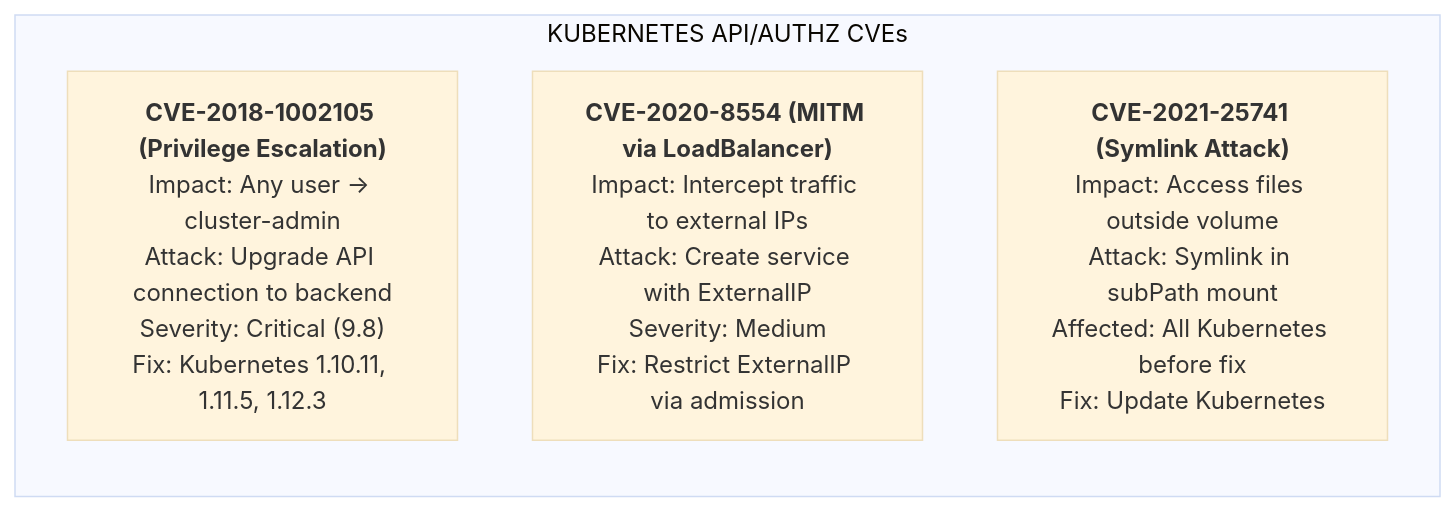
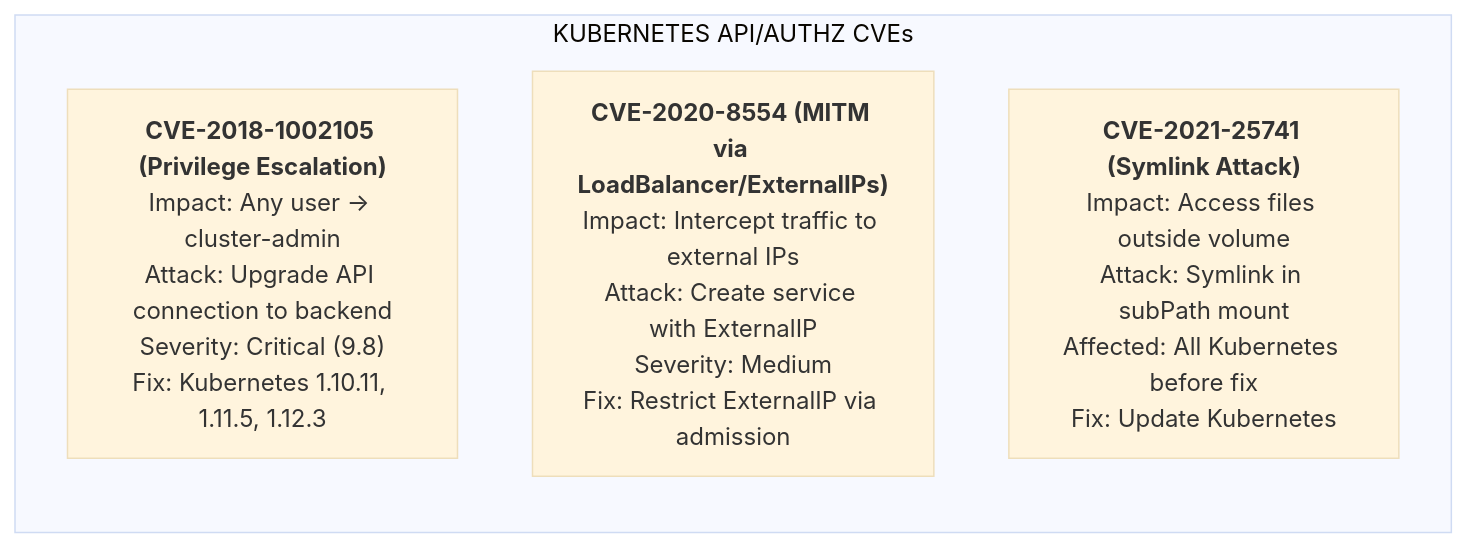
Before and after one commit to kube-dojo/kube-dojo: the third of 8 diagrams in src/content/docs/k8s/kcsa/part4-threat-model/module-4.2-vulnerabilities.md, drawn with Mermaid (base theme). The commit also changed other lines of this file and 3 other files, not shown here.

````diff
--- a/src/content/docs/k8s/kcsa/part4-threat-model/module-4.2-vulnerabilities.md
+++ b/src/content/docs/k8s/kcsa/part4-threat-model/module-4.2-vulnerabilities.md
@@ -76,9 +76,9 @@
 ```mermaid
 flowchart TB
     subgraph KUBERNETES_API_AUTHZ_CVEs["KUBERNETES API/AUTHZ CVEs"]
     direction TB
     A["<b>CVE-2018-1002105 (Privilege Escalation)</b><br/>Impact: Any user → cluster-admin<br/>Attack: Upgrade API connection to backend<br/>Severity: Critical (9.8)<br/>Fix: Kubernetes 1.10.11, 1.11.5, 1.12.3"]
-    B["<b>CVE-2020-8554 (MITM via LoadBalancer)</b><br/>Impact: Intercept traffic to external IPs<br/>Attack: Create service with ExternalIP<br/>Severity: Medium<br/>Fix: Restrict ExternalIP via admission"]
+    B["<b>CVE-2020-8554 (MITM via LoadBalancer/ExternalIPs)</b><br/>Impact: Intercept traffic to external IPs<br/>Attack: Create service with ExternalIP<br/>Severity: Medium<br/>Fix: Restrict ExternalIP via admission"]
     C["<b>CVE-2021-25741 (Symlink Attack)</b><br/>Impact: Access files outside volume<br/>Attack: Symlink in subPath mount<br/>Affected: All Kubernetes before fix<br/>Fix: Update Kubernetes"]
     end
 ```
````
